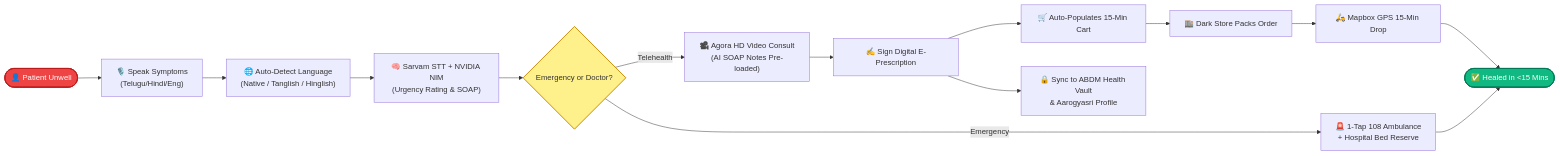
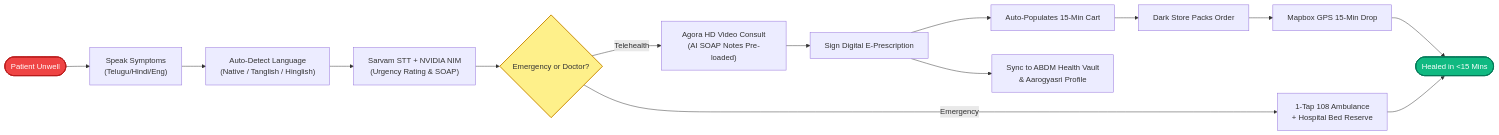
Before and after one commit to pavanstarkin-tech/healthyxpress_medha: the fourth of 11 diagrams in README.md, drawn with Mermaid. The commit also changed other lines of this file, not shown here.

````diff
--- a/README.md
+++ b/README.md
@@ -244,24 +244,24 @@
 ```mermaid
 flowchart LR
-    Start([👤 Patient Unwell]) --> VoiceIntake["🎙️ Speak Symptoms<br/>(Telugu/Hindi/Eng)"]
-    VoiceIntake --> AutoDetect["🌐 Auto-Detect Language<br/>(Native / Tanglish / Hinglish)"]
-    AutoDetect --> AITriage["🧠 Sarvam STT + NVIDIA NIM<br/>(Urgency Rating & SOAP)"]
+    Start([Patient Unwell]) --> VoiceIntake["Speak Symptoms<br/>(Telugu/Hindi/Eng)"]
+    VoiceIntake --> AutoDetect["Auto-Detect Language<br/>(Native / Tanglish / Hinglish)"]
+    AutoDetect --> AITriage["Sarvam STT + NVIDIA NIM<br/>(Urgency Rating & SOAP)"]
     AITriage --> Decision{Emergency or Doctor?}
     
-    Decision -- Emergency --> SOS["🚨 1-Tap 108 Ambulance<br/>+ Hospital Bed Reserve"]
-    Decision -- Telehealth --> VideoDoc["🎥 Agora HD Video Consult<br/>(AI SOAP Notes Pre-loaded)"]
+    Decision -- Emergency --> SOS["1-Tap 108 Ambulance<br/>+ Hospital Bed Reserve"]
+    Decision -- Telehealth --> VideoDoc["Agora HD Video Consult<br/>(AI SOAP Notes Pre-loaded)"]
     
-    VideoDoc --> DigitalRx["✍️ Sign Digital E-Prescription"]
-    DigitalRx --> AutoCart["🛒 Auto-Populates 15-Min Cart"]
+    VideoDoc --> DigitalRx["Sign Digital E-Prescription"]
+    DigitalRx --> AutoCart["Auto-Populates 15-Min Cart"]
     
-    AutoCart --> DarkStore["🏬 Dark Store Packs Order"]
-    DarkStore --> Dispatch["🛵 Mapbox GPS 15-Min Drop"]
+    AutoCart --> DarkStore["Dark Store Packs Order"]
+    DarkStore --> Dispatch["Mapbox GPS 15-Min Drop"]
     
-    DigitalRx --> ABDMVault["🔒 Sync to ABDM Health Vault<br/>& Aarogyasri Profile"]
-    Dispatch --> Delivered([✅ Healed in <15 Mins])
+    DigitalRx --> ABDMVault["Sync to ABDM Health Vault<br/>& Aarogyasri Profile"]
+    Dispatch --> Delivered([Healed in <15 Mins])
     SOS --> Delivered
 
     style Start fill:#EF4444,color:#FFFFFF,stroke:#B91C1C,stroke-width:2px
     style Delivered fill:#10B981,color:#FFFFFF,stroke:#047857,stroke-width:2px
     style Decision fill:#FEF08A,stroke:#CA8A04,stroke-width:2px
 ```
````
